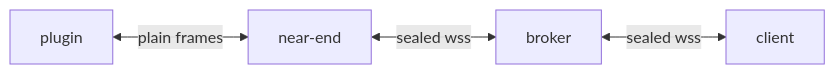
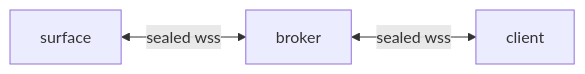
The diagram in docs/diagrams/topology.mmd (maceip/conduit), drawn with Mermaid before and after one commit. The commit also changed 11 other files, not shown here.

Commit message:
docs, spec: keep protocol strictly surface <-> broker <-> client; demote near-end to optional bridge

```diff
--- a/docs/diagrams/topology.mmd
+++ b/docs/diagrams/topology.mmd
@@ -1,4 +1,3 @@
 graph LR
-  P[plugin] <-->|plain frames| N[near-end]
-  N <-->|sealed wss| B[broker]
+  S[surface] <-->|sealed wss| B[broker]
   B <-->|sealed wss| C[client]
```
